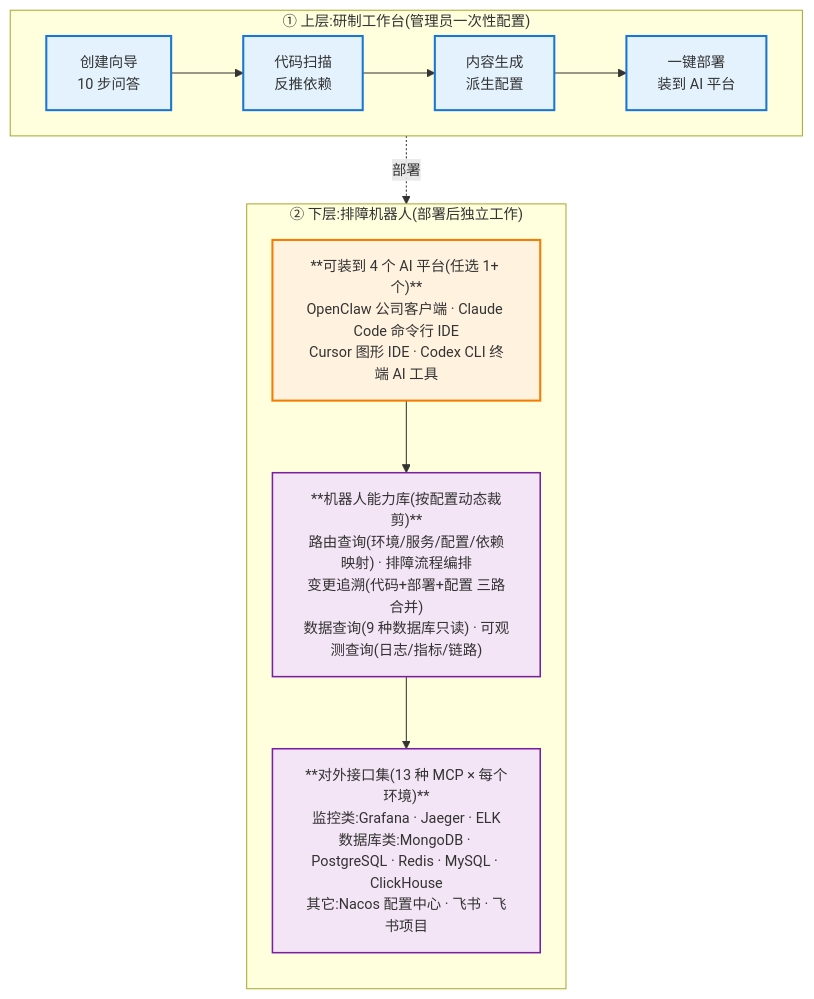
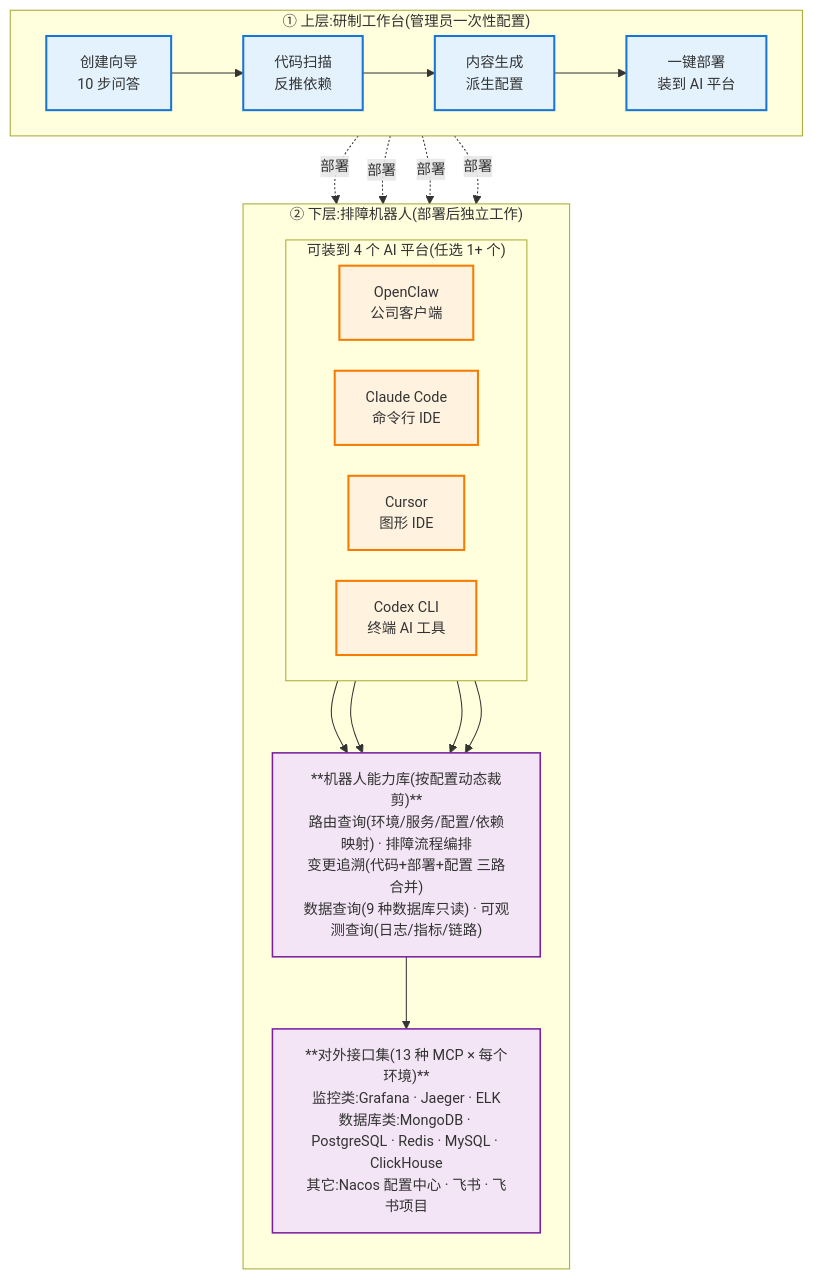
Before and after one commit to 452562082/troubleshooter-studio: the first of 2 diagrams in docs/agent-application.md, drawn with Mermaid.

Commit message:
图 1 恢复 4 个 AI 平台独立 box 横排,只保留 1 层 subgraph(避免上次嵌套崩)
用户反馈:上版把 4 个 AI 平台合并成 paragraph 节点不好看,原来 4 个独立 box
横排更清晰。

上次崩的根因不是"用 subgraph",而是"嵌套 2 层 subgraph"(L2 → Plats → SkillCat/
MCPCat),direction LR 在内层失效。这次只 1 层(L2 → Plats),direction LR
通常 OK。

设计:
- 4 个 AI 平台 → 重新拆 OC/CC/CU/CX 4 个独立 target 节点,放 Plats subgraph 内,
  direction LR(单层不影响)
- 5 个机器人能力 / 3 个 MCP 类别 → 仍保持合并 paragraph(用户没抱怨这部分,
  且这俩天然适合多行 bullet 展示,不需要拆独立 box)
- 一键部署 I -.部署.-> 改成对 4 个平台各连一条虚线箭头(原来对合并 Plats 节点
  1 条线,现在对独立 box 4 条线,视觉上更明确"装到任选 1+ 个平台")

````diff
--- a/docs/agent-application.md
+++ b/docs/agent-application.md
@@ -69,25 +69,38 @@
 ```mermaid
 %%{init: {'flowchart': {'nodeSpacing': 30, 'rankSpacing': 45}, 'themeVariables': {'fontSize': '14px'}}}%%
 flowchart TB
     classDef studio fill:#e3f2fd,stroke:#1976d2,stroke-width:2px
     classDef target fill:#fff3e0,stroke:#f57c00,stroke-width:2px
     classDef share fill:#f3e5f5,stroke:#7b1fa2,stroke-width:1.5px
 
     subgraph L1["① 上层:研制工作台(管理员一次性配置)"]
         direction LR
         W["创建向导<br/>10 步问答"]:::studio --> A["代码扫描<br/>反推依赖"]:::studio --> G["内容生成<br/>派生配置"]:::studio --> I["一键部署<br/>装到 AI 平台"]:::studio
     end
 
     subgraph L2["② 下层:排障机器人(部署后独立工作)"]
         direction TB
-        Plats["**可装到 4 个 AI 平台(任选 1+ 个)**<br/>OpenClaw 公司客户端 · Claude Code 命令行 IDE<br/>Cursor 图形 IDE · Codex CLI 终端 AI 工具"]:::target
+        subgraph Plats["可装到 4 个 AI 平台(任选 1+ 个)"]
+            direction LR
+            OC["OpenClaw<br/>公司客户端"]:::target
+            CC["Claude Code<br/>命令行 IDE"]:::target
+            CU["Cursor<br/>图形 IDE"]:::target
+            CX["Codex CLI<br/>终端 AI 工具"]:::target
+        end
 
         Skills["**机器人能力库(按配置动态裁剪)**<br/>路由查询(环境/服务/配置/依赖映射) · 排障流程编排<br/>变更追溯(代码+部署+配置 三路合并)<br/>数据查询(9 种数据库只读) · 可观测查询(日志/指标/链路)"]:::share
 
         MCPs["**对外接口集(13 种 MCP × 每个环境)**<br/>监控类:Grafana · Jaeger · ELK<br/>数据库类:MongoDB · PostgreSQL · Redis · MySQL · ClickHouse<br/>其它:Nacos 配置中心 · 飞书 · 飞书项目"]:::share
 
-        Plats --> Skills --> MCPs
+        OC --> Skills
+        CC --> Skills
+        CU --> Skills
+        CX --> Skills
+        Skills --> MCPs
     end
 
-    I -.部署.-> Plats
+    I -.部署.-> OC
+    I -.部署.-> CC
+    I -.部署.-> CU
+    I -.部署.-> CX
 ```
````
